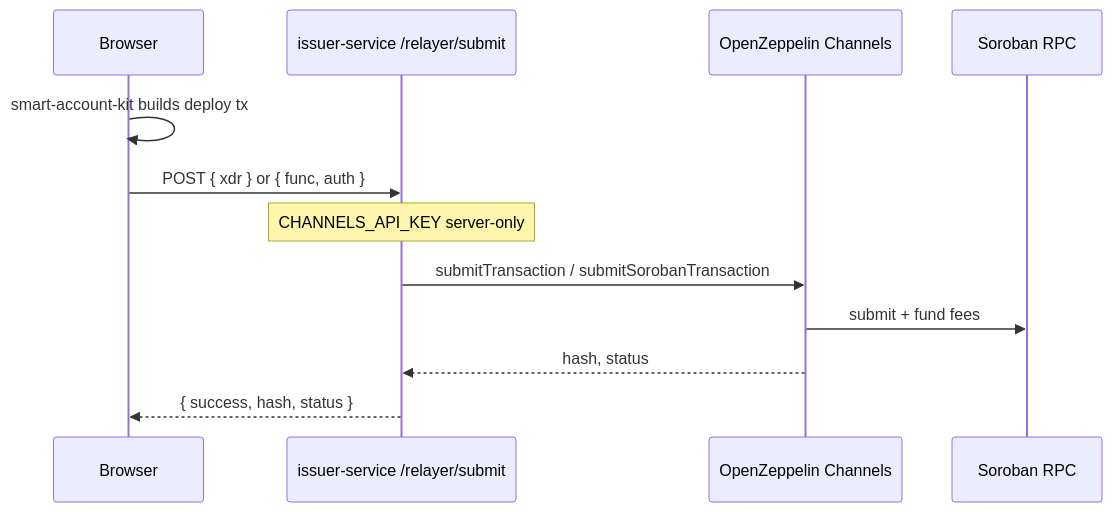
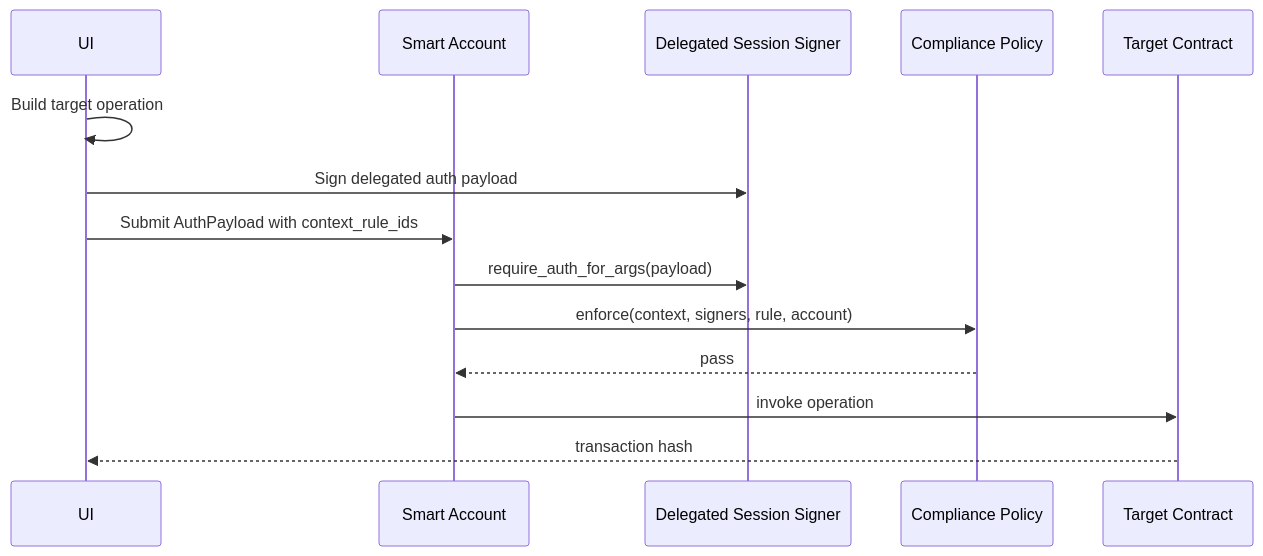
One commit to goat-dev8/Lumengate changed the third of 5 diagrams in docs/PASSKEY_SMART_ACCOUNT_IMPLEMENTATION_GUIDE.md. Above: the diagram before and after it, drawn with Mermaid. The commit also changed other lines of this file and 7 other files, not shown here.

First line of the commit message:
Polish first-user sync, Shield progress UX, and smart account guide.

````diff
--- a/docs/PASSKEY_SMART_ACCOUNT_IMPLEMENTATION_GUIDE.md
+++ b/docs/PASSKEY_SMART_ACCOUNT_IMPLEMENTATION_GUIDE.md
@@ -2475,15 +132,17 @@
 ```mermaid
 sequenceDiagram
-  participant Browser
-  participant Issuer as issuer-service /relayer/submit
-  participant OZ as OpenZeppelin Channels
-  participant RPC as Soroban RPC
+  participant UI as UI
+  participant SA as Smart Account
+  participant Session as Delegated Session Signer
+  participant Policy as Compliance Policy
+  participant Target as Target Contract
 
-  Browser->>Browser: smart-account-kit builds deploy tx
-  Browser->>Issuer: POST { xdr } or { func, auth }
-  Note over Issuer: CHANNELS_API_KEY server-only
-  Issuer->>OZ: submitTransaction / submitSorobanTransaction
-  OZ->>RPC: submit + fund fees
-  OZ-->>Issuer: hash, status
-  Issuer-->>Browser: { success, hash, status }
+  UI->>UI: Build target operation
+  UI->>Session: Sign delegated auth payload
+  UI->>SA: Submit AuthPayload with context_rule_ids
+  SA->>Session: require_auth_for_args(payload)
+  SA->>Policy: enforce(context, signers, rule, account)
+  Policy-->>SA: pass
+  SA->>Target: invoke operation
+  Target-->>UI: transaction hash
 ```
````
